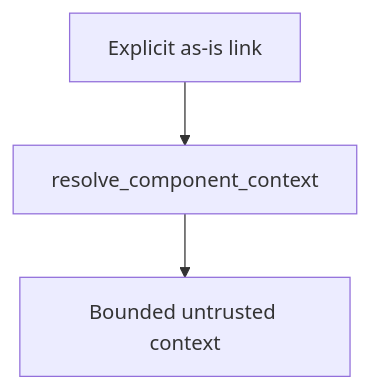
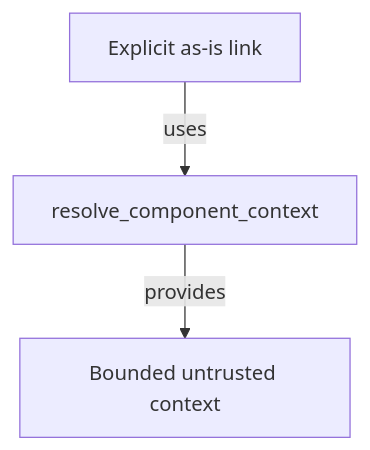
Before and after one commit to abstract-business-systems/as-is: the diagram in components/linked-context/as-is.md, drawn with Mermaid. The commit also changed other lines of this file and 50 other files, not shown here.

````diff
--- a/components/linked-context/as-is.md
+++ b/components/linked-context/as-is.md
@@ -17,5 +22,5 @@
 ```mermaid
 flowchart TD
-    A["Explicit as-is link"] --> B["resolve_component_context"]
-    B --> C["Bounded untrusted context"]
+    A["Explicit as-is link"] -->|uses| B["resolve_component_context"]
+    B -->|provides| C["Bounded untrusted context"]
 ```
````
